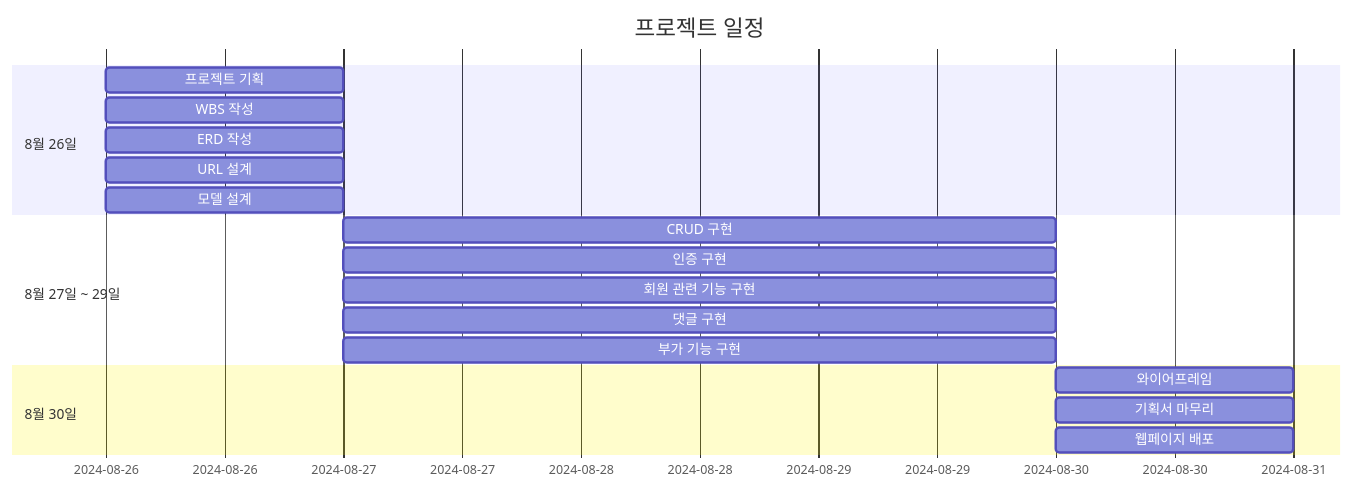
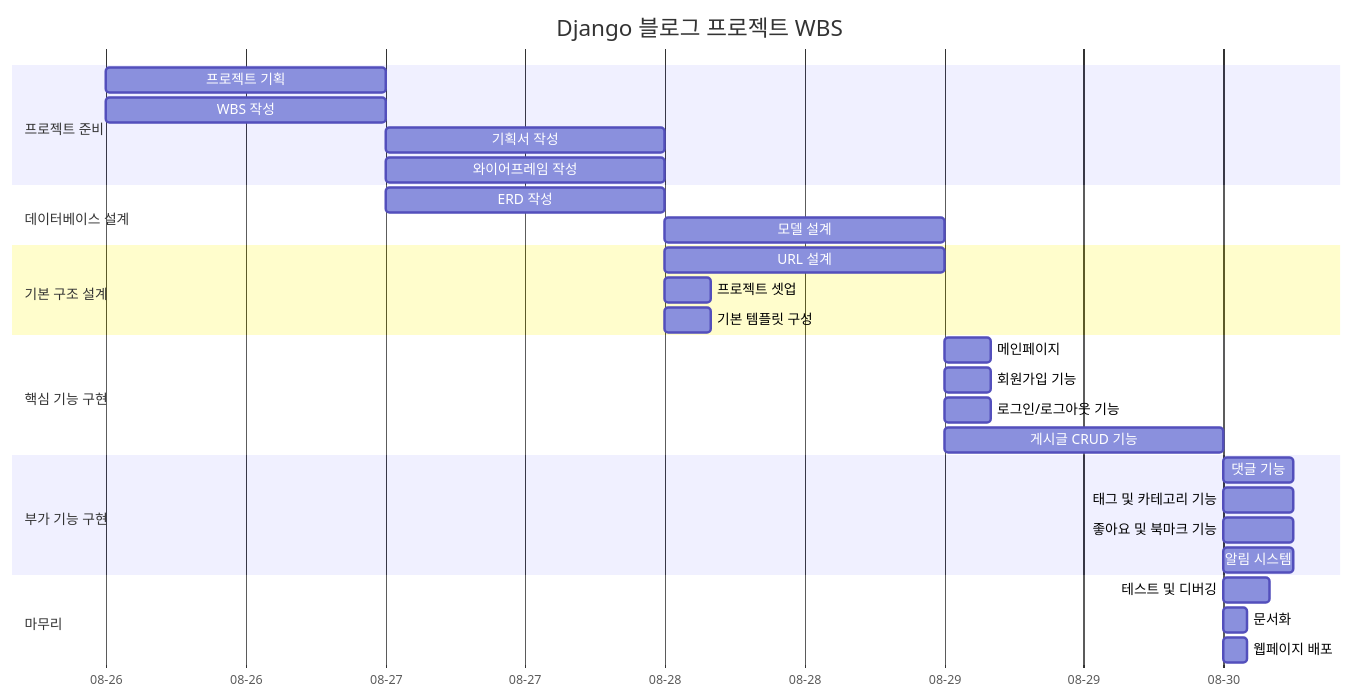
Before and after one commit to Yoo117/Practice-Repository: the first of 2 diagrams in README.md, drawn with Mermaid.

Commit message:
README WBS 수정

````diff
--- a/README.md
+++ b/README.md
@@ -60,23 +60,38 @@
 ```mermaid
 gantt
-    title 프로젝트 일정
+    title Django 블로그 프로젝트 WBS
     dateFormat  YYYY-MM-DD
-    section 8월 26일
-    프로젝트 기획           :a1, 2024-08-26, 1d
-    WBS 작성                :a2, 2024-08-26, 1d
-    ERD 작성                :a3, 2024-08-26, 1d
-    URL 설계                :a4, 2024-08-26, 1d
-    모델 설계               :a5, 2024-08-26, 1d
-
-    section 8월 27일 ~ 29일
-    CRUD 구현               :b1, 2024-08-27, 3d
-    인증 구현               :b2, 2024-08-27, 3d
-    회원 관련 기능 구현     :b3, 2024-08-27, 3d
-    댓글 구현               :b4, 2024-08-27, 3d
-    부가 기능 구현          :b5, 2024-08-27, 3d
-
-    section 8월 30일
-    와이어프레임            :c1, 2024-08-30, 1d
-    기획서 마무리          :c2, 2024-08-30, 1d
-    웹페이지 배포          :c3, 2024-08-30, 1d
+    axisFormat %m-%d
+    
+    section 프로젝트 준비
+    프로젝트 기획       :2023-08-26, 1d
+    WBS 작성            :2023-08-26, 1d
+    기획서 작성         :2023-08-27, 1d
+    와이어프레임 작성   :2023-08-27, 1d
+    
+    section 데이터베이스 설계
+    ERD 작성            :2023-08-27, 1d
+    모델 설계           :2023-08-28, 1d
+    
+    section 기본 구조 설계
+    URL 설계            :2023-08-28, 1d
+    프로젝트 셋업       :2023-08-28, 4h
+    기본 템플릿 구성    :2023-08-28, 4h
+    
+    section 핵심 기능 구현
+    메인페이지          :2023-08-29, 4h
+    회원가입 기능       :2023-08-29, 4h
+    로그인/로그아웃 기능:2023-08-29, 4h
+    게시글 CRUD 기능    :2023-08-29, 1d
+    
+    section 부가 기능 구현
+    댓글 기능           :2023-08-30, 6h
+    태그 및 카테고리 기능:2023-08-30, 6h
+    좋아요 및 북마크 기능:2023-08-30, 6h
+    알림 시스템         :2023-08-30, 6h
+    
+    section 마무리
+    테스트 및 디버깅    :2023-08-30, 4h
+    문서화              :2023-08-30, 2h
+    웹페이지 배포       :2023-08-30, 2h
 ```
````
